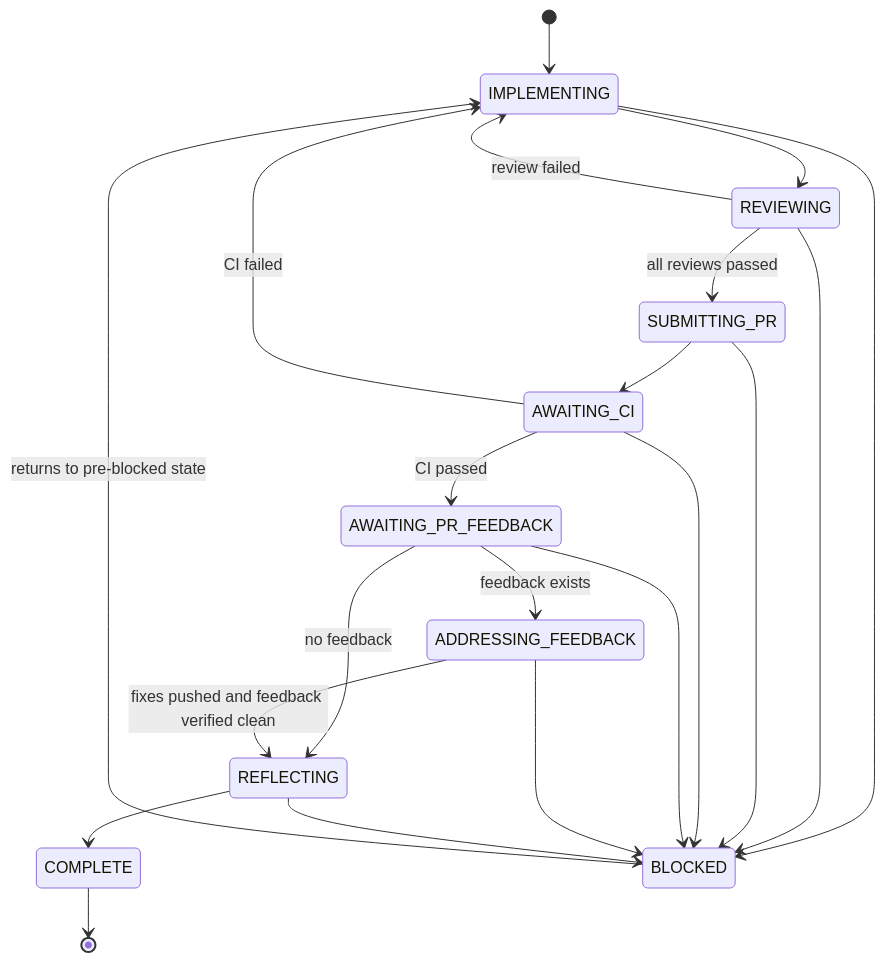
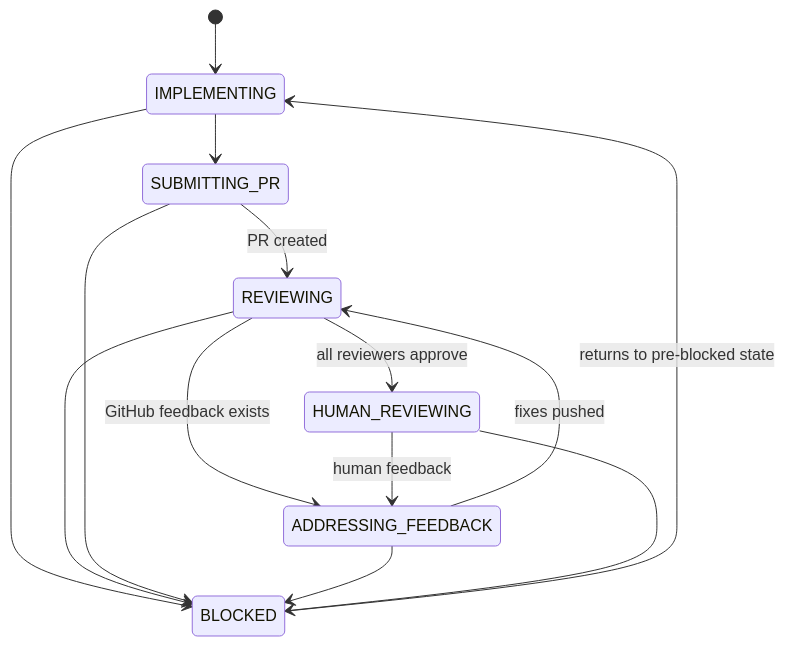
The diagram in tools/dev-workflow-v2/README.md (NTCoding/living-architecture), drawn with Mermaid before and after one commit. The commit also changed other lines of this file and 91 other files, not shown here.

Commit message:
feat: move workflow reviews to GitHub

````diff
--- a/tools/dev-workflow-v2/README.md
+++ b/tools/dev-workflow-v2/README.md
@@ -211,24 +203,17 @@
 ```mermaid
 stateDiagram-v2
     [*] --> IMPLEMENTING
-    IMPLEMENTING --> REVIEWING
-    REVIEWING --> SUBMITTING_PR : all reviews passed
-    REVIEWING --> IMPLEMENTING : review failed
-    SUBMITTING_PR --> AWAITING_CI
-    AWAITING_CI --> AWAITING_PR_FEEDBACK : CI passed
-    AWAITING_CI --> IMPLEMENTING : CI failed
-    AWAITING_PR_FEEDBACK --> REFLECTING : no feedback
-    AWAITING_PR_FEEDBACK --> ADDRESSING_FEEDBACK : feedback exists
-    ADDRESSING_FEEDBACK --> REFLECTING : fixes pushed and feedback verified clean
-    REFLECTING --> COMPLETE
-    COMPLETE --> [*]
+    IMPLEMENTING --> SUBMITTING_PR
+    SUBMITTING_PR --> REVIEWING : PR created
+    REVIEWING --> ADDRESSING_FEEDBACK : GitHub feedback exists
+    ADDRESSING_FEEDBACK --> REVIEWING : fixes pushed
+    REVIEWING --> HUMAN_REVIEWING : all reviewers approve
+    HUMAN_REVIEWING --> ADDRESSING_FEEDBACK : human feedback
 
     IMPLEMENTING --> BLOCKED
     REVIEWING --> BLOCKED
     SUBMITTING_PR --> BLOCKED
-    AWAITING_CI --> BLOCKED
-    AWAITING_PR_FEEDBACK --> BLOCKED
     ADDRESSING_FEEDBACK --> BLOCKED
-    REFLECTING --> BLOCKED
+    HUMAN_REVIEWING --> BLOCKED
     BLOCKED --> IMPLEMENTING : returns to pre-blocked state
 ```
````
